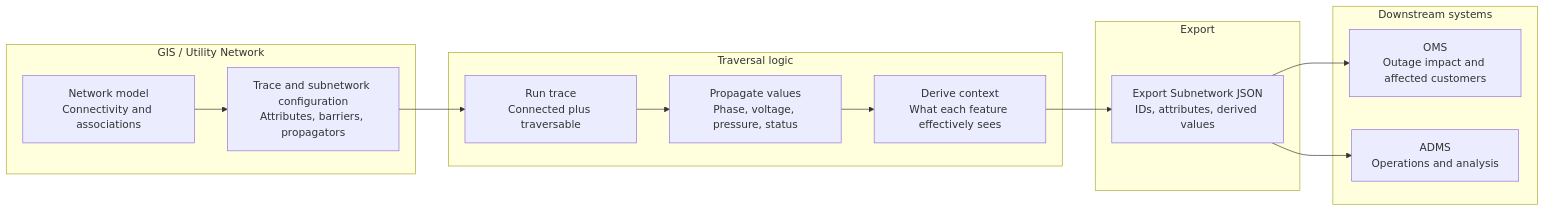
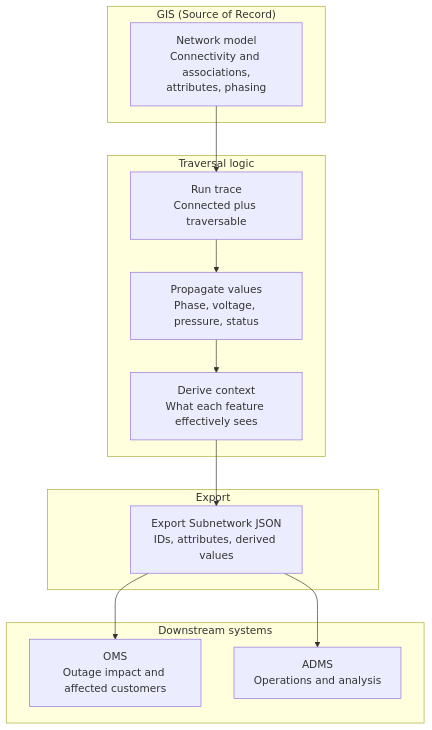
Before and after one commit to joemarshgis/admsreadiness: the diagram in content/posts/2026-05-23-tracing-once-using-everywhere.md, drawn with Mermaid. The commit also changed other lines of this file, not shown here.

````diff
--- a/content/posts/2026-05-23-tracing-once-using-everywhere.md
+++ b/content/posts/2026-05-23-tracing-once-using-everywhere.md
@@ -76,26 +74,25 @@
-{{< mermaid >}}
-flowchart LR
-    subgraph GIS["GIS / Utility Network"]
-      A[Network model<br/>Connectivity and associations]
-      B[Trace and subnetwork configuration<br/>Attributes, barriers, propagators]
+```mermaid
+flowchart TB
+    subgraph GIS["GIS (Source of Record)"]
+      A[Network model<br/>Connectivity and associations,<br/>attributes, phasing]
     end
 
     subgraph TRACE["Traversal logic"]
-      C[Run trace<br/>Connected plus traversable]
-      D[Propagate values<br/>Phase, voltage, pressure, status]
-      E[Derive context<br/>What each feature effectively sees]
+      B[Run trace<br/>Connected plus traversable]
+      C[Propagate values<br/>Phase, voltage, pressure, status]
+      D[Derive context<br/>What each feature effectively sees]
     end
 
     subgraph EXPORT["Export"]
-      F[Export Subnetwork JSON<br/>IDs, attributes, derived values]
+      E[Export Subnetwork JSON<br/>IDs, attributes, derived values]
     end
 
     subgraph SYSTEMS["Downstream systems"]
-      G[OMS<br/>Outage impact and affected customers]
-      H[ADMS<br/>Operations and analysis]
+      F[OMS<br/>Outage impact and affected customers]
+      G[ADMS<br/>Operations and analysis]
     end
 
-    A --> B --> C --> D --> E --> F
-    F --> G
-    F --> H
-{{< /mermaid >}}
+    A --> B --> C --> D --> E
+    E --> F
+    E --> G
+```
````
